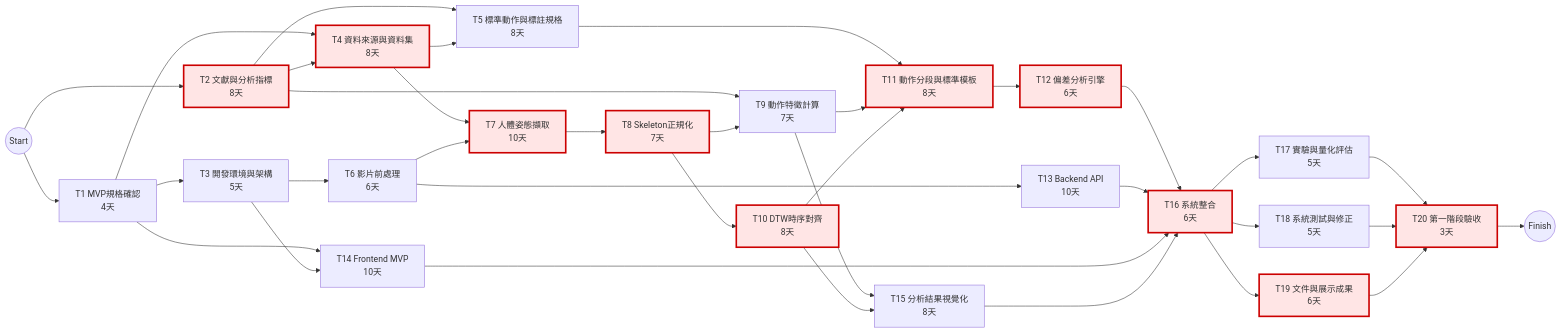
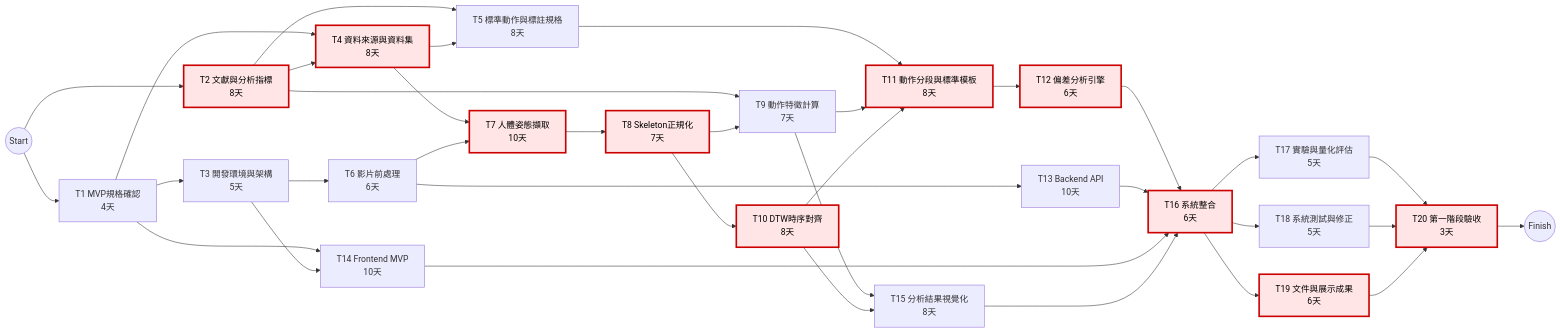
The diagram in GroupWork2.md (AUO584/Thematicprojects), drawn with Mermaid before and after one commit.

````diff
--- a/GroupWork2.md
+++ b/GroupWork2.md
@@ -121,6 +121,6 @@
 
     T20 --> F
 
-    classDef critical fill:#ffe5e5,stroke:#cc0000,stroke-width:3px;
+    classDef critical fill:#ffe5e5,stroke:#cc0000,stroke-width:3px,color:#000000;
     class T2,T4,T7,T8,T10,T11,T12,T16,T19,T20 critical;
 ```
````
